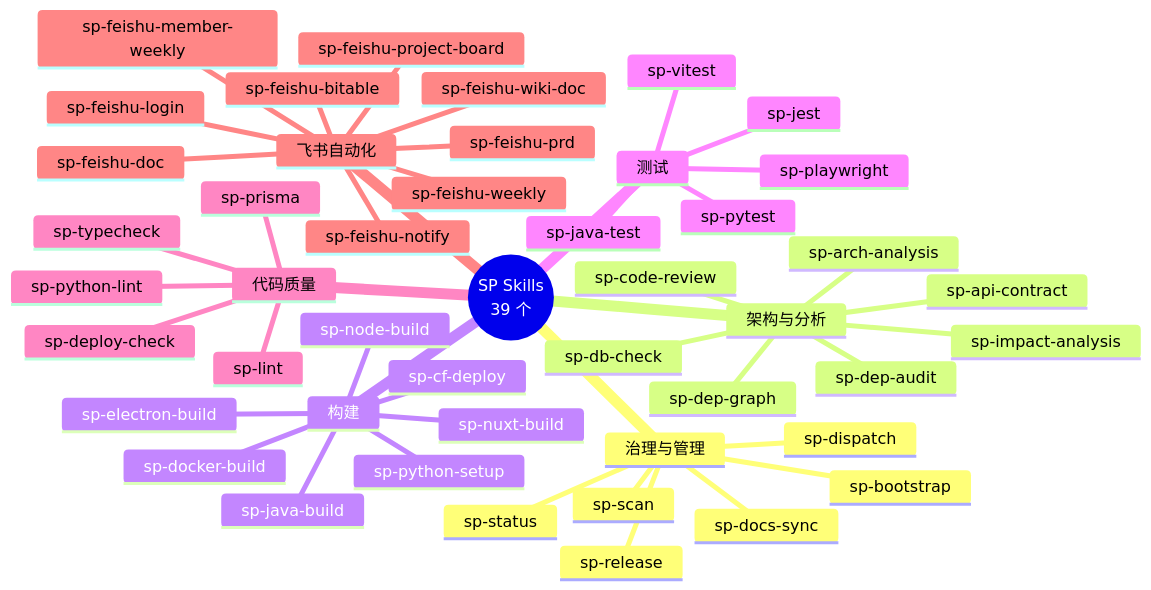
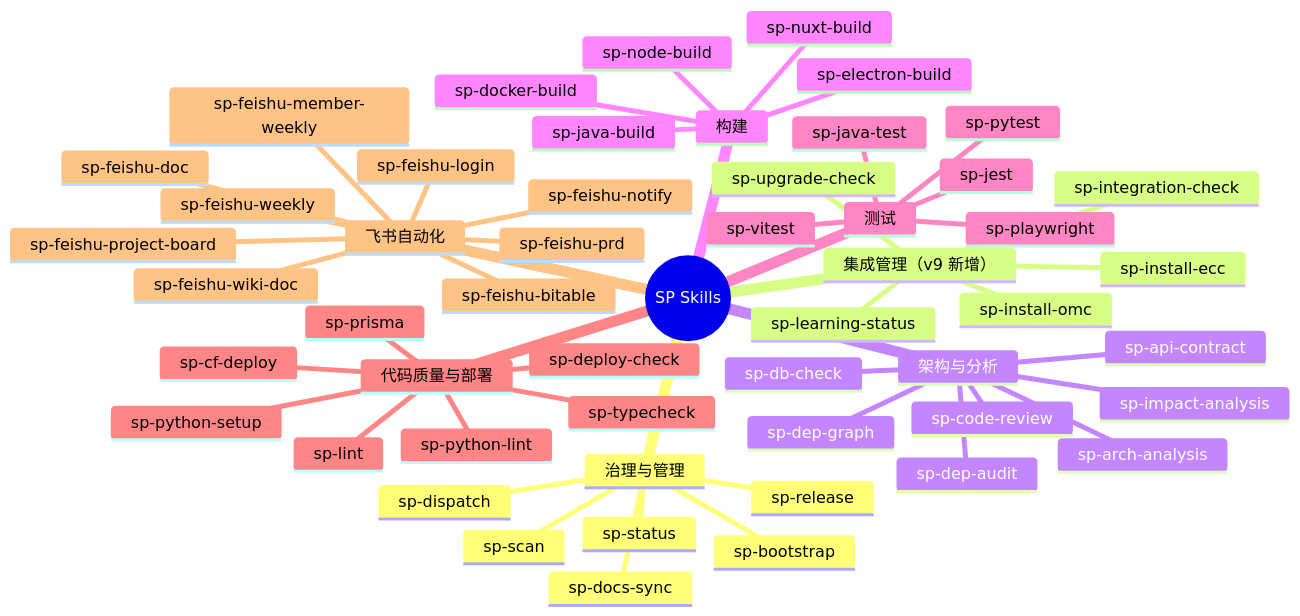
One commit to stpyx946/sp-governance changed the third of 4 diagrams in docs/sp-capability-map.md. Above: the diagram before and after it, drawn with Mermaid. The commit also changed other lines of this file and 44 other files, not shown here.

First line of the commit message:
feat: SP Governance v9.0.0-rc.1 — three-layer architecture + OMC/ECC integration

````diff
--- a/docs/sp-capability-map.md
+++ b/docs/sp-capability-map.md
@@ -97,49 +101,55 @@
 ```mermaid
 mindmap
-  root((SP Skills<br/>39 个))
+  root((SP Skills))
     治理与管理
       sp-bootstrap
       sp-status
       sp-scan
       sp-dispatch
       sp-release
       sp-docs-sync
+    集成管理（v9 新增）
+      sp-install-omc
+      sp-install-ecc
+      sp-integration-check
+      sp-learning-status
+      sp-upgrade-check
     架构与分析
       sp-arch-analysis
       sp-api-contract
       sp-dep-graph
       sp-dep-audit
       sp-impact-analysis
       sp-db-check
       sp-code-review
     构建
       sp-node-build
       sp-java-build
       sp-nuxt-build
       sp-docker-build
       sp-electron-build
-      sp-cf-deploy
-      sp-python-setup
     测试
       sp-jest
       sp-vitest
       sp-pytest
       sp-java-test
       sp-playwright
-    代码质量
+    代码质量与部署
       sp-lint
       sp-python-lint
       sp-typecheck
       sp-prisma
       sp-deploy-check
+      sp-cf-deploy
+      sp-python-setup
     飞书自动化
       sp-feishu-login
       sp-feishu-doc
       sp-feishu-wiki-doc
       sp-feishu-prd
       sp-feishu-weekly
       sp-feishu-member-weekly
       sp-feishu-project-board
       sp-feishu-bitable
       sp-feishu-notify
 ```
````
